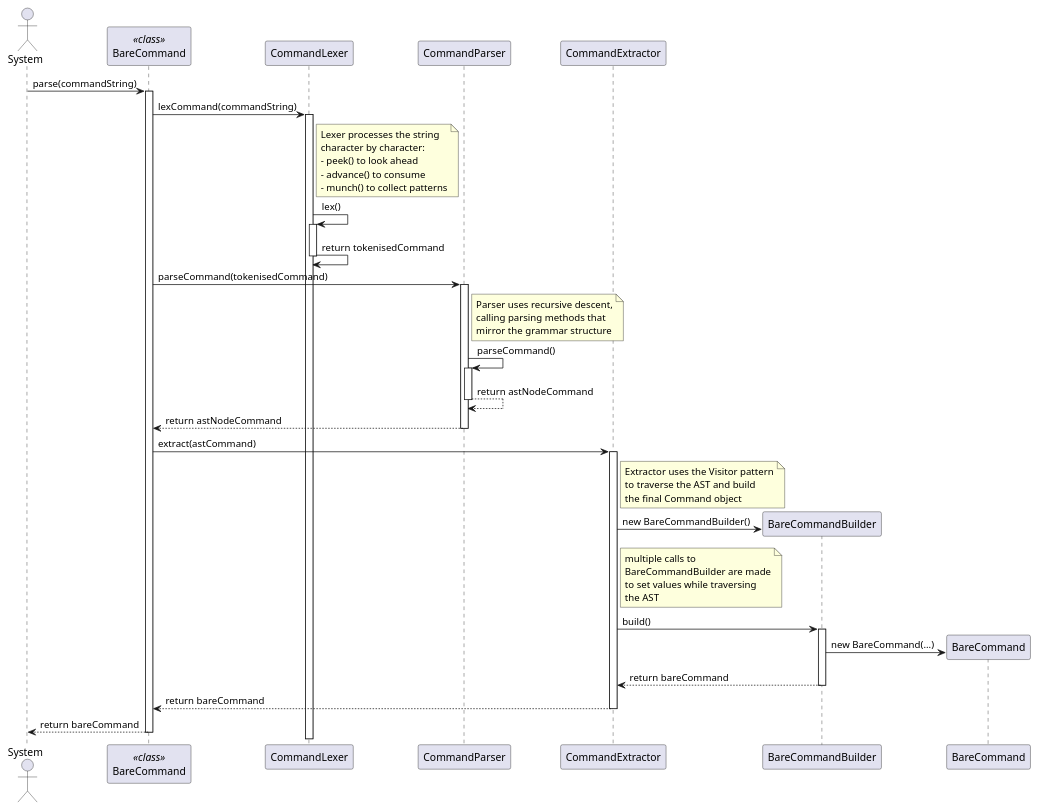
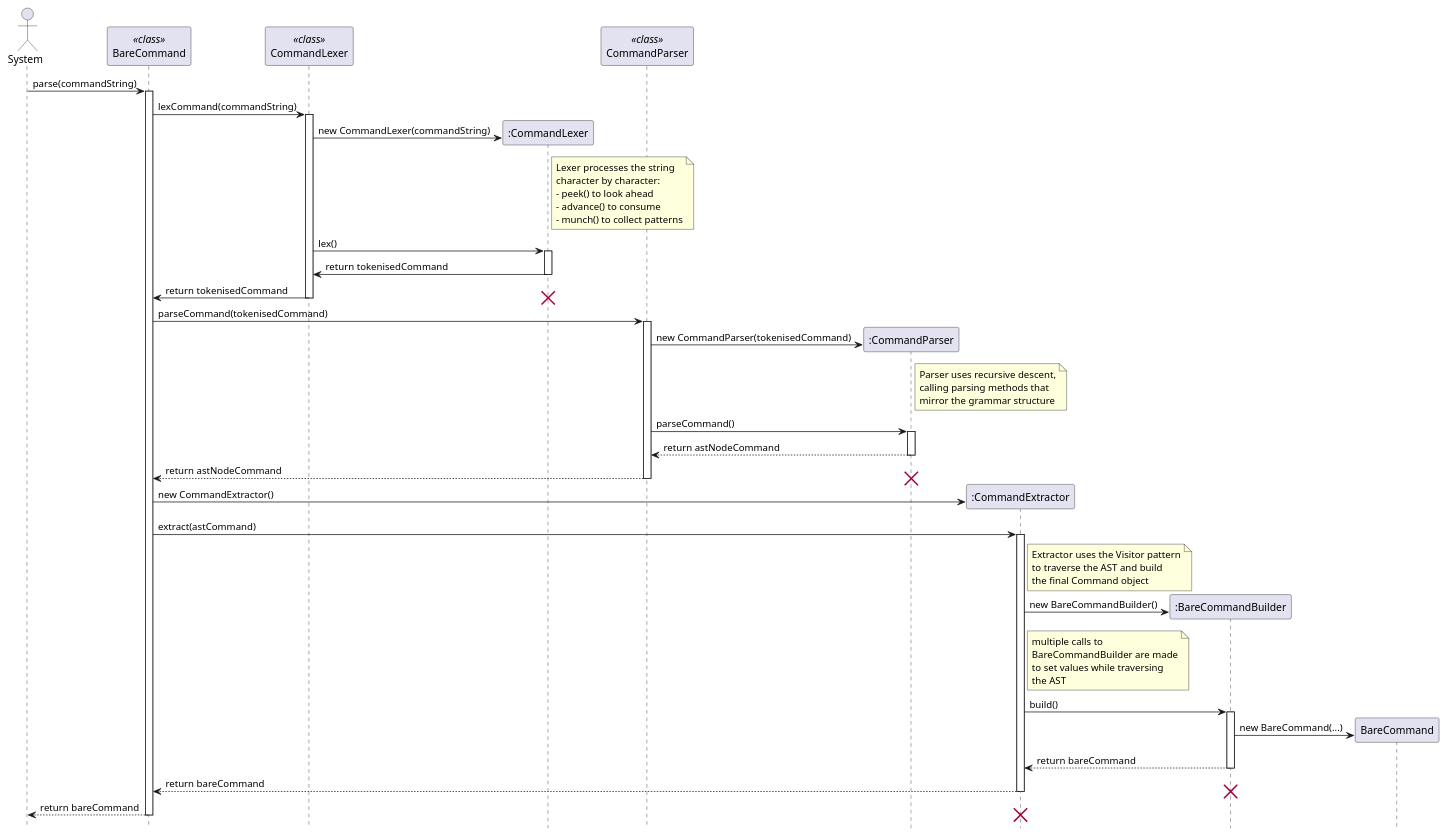
One commit to Xateh/tp changed the diagram in docs/diagrams/assembly/RecognitionSequence.puml. Above: the diagram before and after it, drawn with PlantUML. The commit also changed 1 other file, not shown here.

Commit message:
Fix sequence diagrams for command assembly

```diff
--- a/docs/diagrams/assembly/RecognitionSequence.puml
+++ b/docs/diagrams/assembly/RecognitionSequence.puml
@@ -1,82 +1,102 @@
 @startuml
+hide footbox
 actor System
 participant "BareCommand" as Cmd <<class>>
-participant "CommandLexer" as Lexer
-participant "CommandParser" as Parser
-participant "CommandExtractor" as Extractor
-participant "BareCommandBuilder" as Builder
+participant "CommandLexer" as LexerClass <<class>>
+participant ":CommandLexer" as Lexer
+participant "CommandParser" as ParserClass <<class>>
+participant ":CommandParser" as Parser
+participant ":CommandExtractor" as Extractor
+participant ":BareCommandBuilder" as Builder
 
 System -> Cmd: parse(commandString)
 activate Cmd
 
 ' Lexing Phase
-Cmd -> Lexer: lexCommand(commandString)
-activate Lexer
+Cmd -> LexerClass: lexCommand(commandString)
+activate LexerClass
+
+create Lexer
+
+LexerClass -> Lexer: new CommandLexer(commandString)
 
 note right of Lexer
   Lexer processes the string
   character by character:
   - peek() to look ahead
   - advance() to consume
   - munch() to collect patterns
 end note
 
-Lexer -> Lexer: lex()
+LexerClass -> Lexer: lex()
 activate Lexer
 
-Lexer -> Lexer: return tokenisedCommand
+Lexer -> LexerClass: return tokenisedCommand
 deactivate Lexer
 
+LexerClass -> Cmd: return tokenisedCommand
+deactivate LexerClass
+destroy Lexer
+
 ' Parsing Phase
-Cmd -> Parser: parseCommand(tokenisedCommand)
-activate Parser
+Cmd -> ParserClass: parseCommand(tokenisedCommand)
+activate ParserClass
+
+create Parser
+ParserClass -> Parser: new CommandParser(tokenisedCommand)
 
 note right of Parser
   Parser uses recursive descent,
   calling parsing methods that
   mirror the grammar structure
 end note
 
-Parser -> Parser: parseCommand()
+ParserClass -> Parser: parseCommand()
 activate Parser
 
-Parser --> Parser: return astNodeCommand
+Parser --> ParserClass: return astNodeCommand
 deactivate Parser
 
-Parser --> Cmd: return astNodeCommand
-deactivate Parser
+ParserClass --> Cmd: return astNodeCommand
+deactivate ParserClass
+destroy Parser
 
 ' Extraction Phase
+create Extractor
+Cmd -> Extractor: new CommandExtractor()
+
 Cmd -> Extractor: extract(astCommand)
 activate Extractor
 
 note right of Extractor
   Extractor uses the Visitor pattern
   to traverse the AST and build
   the final Command object
 end note
 
 create Builder
 Extractor -> Builder: new BareCommandBuilder()
 
 note right of Extractor
     multiple calls to
     BareCommandBuilder are made
     to set values while traversing
     the AST
 end note
 
 Extractor -> Builder: build()
 activate Builder
 create "BareCommand" as Result
 Builder -> Result: new BareCommand(...)
 Builder --> Extractor: return bareCommand
 deactivate Builder
 
 Extractor --> Cmd: return bareCommand
 deactivate Extractor
+destroy Builder
 
 Cmd --> System: return bareCommand
 deactivate Cmd
+destroy Extractor
 
 @enduml
```
